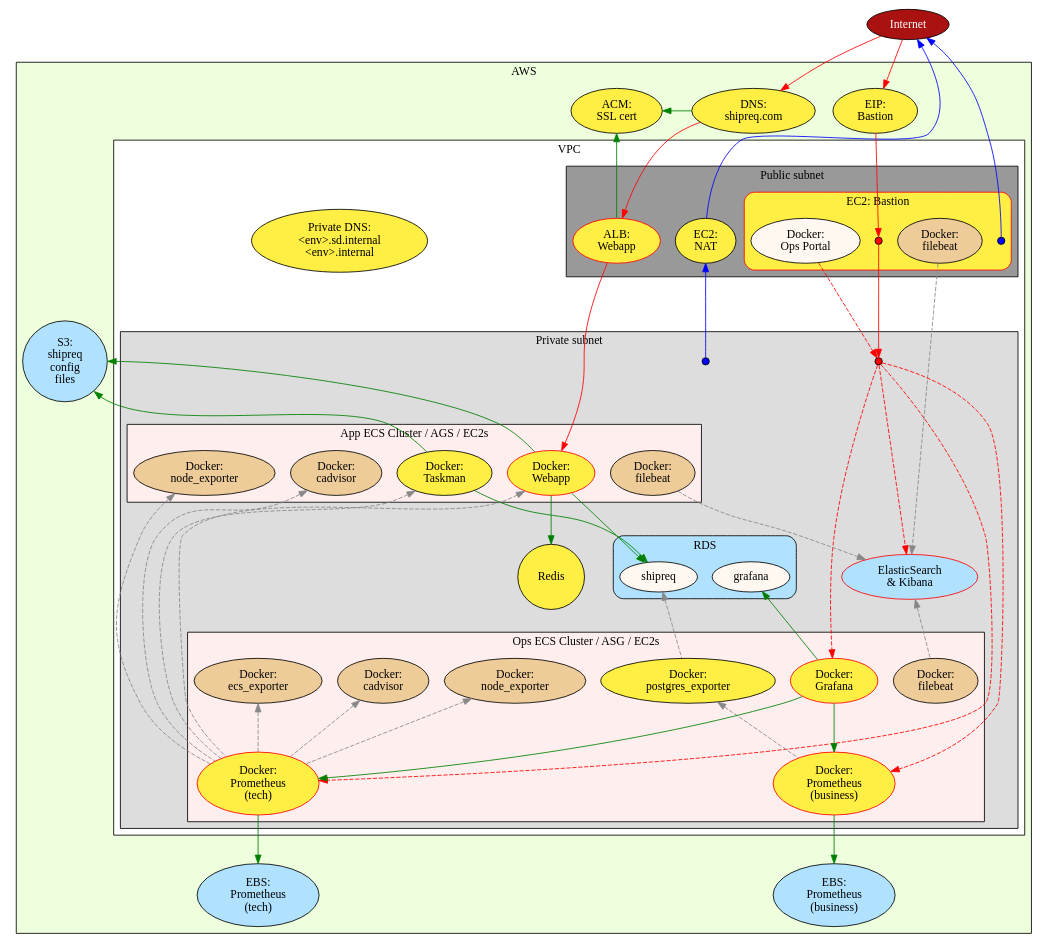
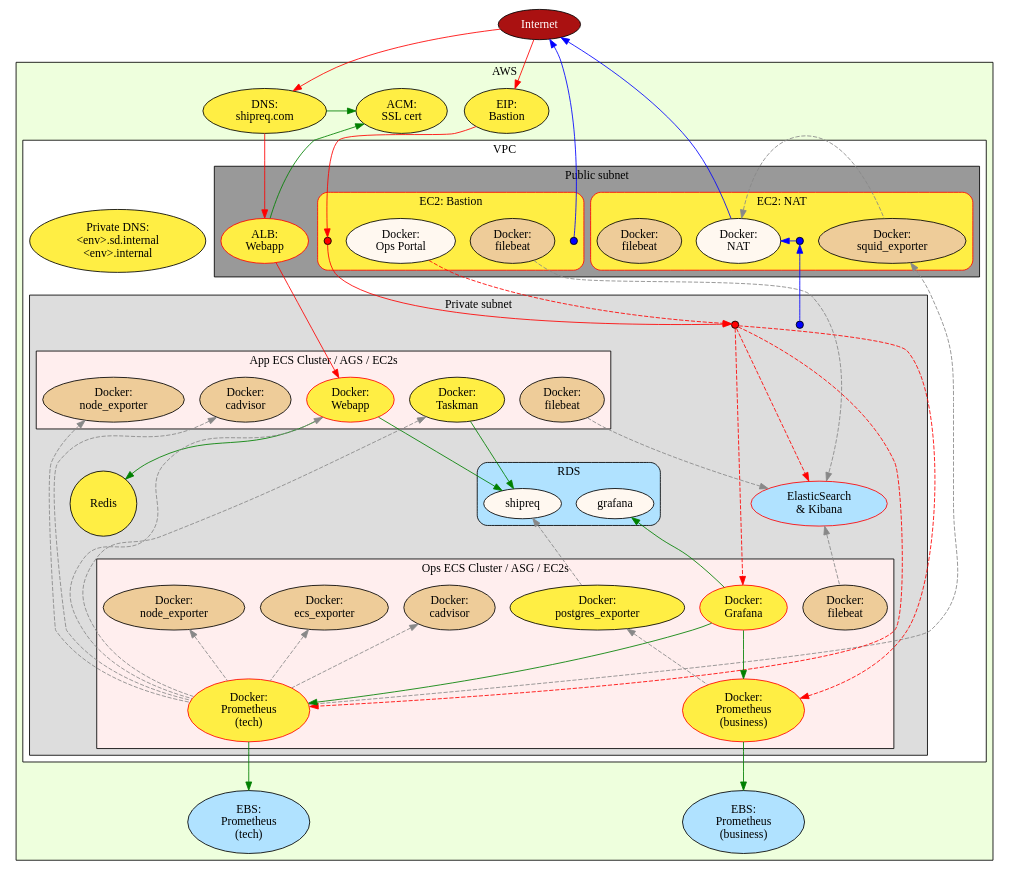
One commit to shipreq/shipreq changed the diagram in Infrastructure/architecture.gv. Above: the diagram before and after it, drawn with Graphviz. The commit also changed 1 other file, not shown here.

```diff
--- a/Infrastructure/architecture.gv
+++ b/Infrastructure/architecture.gv
@@ -1,112 +1,121 @@
 digraph {
   node [style=filled fillcolor="#ffee44"]
   graph [ranksep=0.8]
 
   internet [label=Internet fillcolor="#aa1111" fontcolor=white]
 
   subgraph cluster_AWS {
     label="AWS" style=filled fillcolor="#eeffdd"
     { rank=same
       dns_shipreq [label="DNS:\nshipreq.com"]
       acm_ssl [label="ACM:\nSSL cert"]
     }
     ebs_prometheus_tech [label="EBS:\nPrometheus\n(tech)" fillcolor=lightskyblue1]
     ebs_prometheus_busi [label="EBS:\nPrometheus\n(business)" fillcolor=lightskyblue1]
     eip_bastion [label="EIP:\nBastion"]
-    s3_shipreq [label="S3:\nshipreq\nconfig\nfiles"fillcolor=lightskyblue1]
 
     subgraph cluster_VPC {
       label="VPC" fillcolor=white
       internal_dns [label="Private DNS:\n<env>.sd.internal\n<env>.internal"]
 
       subgraph cluster_public {
         label="Public subnet" fillcolor="#999999"
         alb_webapp [label="ALB:\nWebapp" color=red]
-        nat [label="EC2:\nNAT"]
 
         subgraph cluster_bastion {
           label="EC2: Bastion" fillcolor="#ffee44" style="filled,rounded" color=red
           node [fillcolor="#fff8f0"]
           bastion [shape=point fillcolor=red width=.12]
           bastion_out [shape=point fillcolor=blue width=.12]
           docker_portal [label="Docker:\nOps Portal"]
           docker_filebeatB [label="Docker:\nfilebeat" fillcolor="#eecc99"]
+        }
+
+        subgraph cluster_nat {
+          label="EC2: NAT" fillcolor="#ffee44" style="filled,rounded" color=red
+          node [fillcolor="#fff8f0"]
+          { rank=same
+            nat_in [shape=point fillcolor=blue width=.12]
+            docker_nat [label="Docker:\nNAT"]
+            docker_filebeatN [label="Docker:\nfilebeat" fillcolor="#eecc99"]
+            docker_squid_exporter [label="Docker:\nsquid_exporter" fillcolor="#eecc99"]
+          }
         }
       }
 
       subgraph cluster_private {
         label="Private subnet" fillcolor="#dddddd"
         subnet_private_in [shape=point fillcolor=red width=.12]
         subnet_private_out [shape=point fillcolor=blue width=.12]
         redis [label="\nRedis\n\n"]
         es [label="ElasticSearch\n& Kibana" color=red fillcolor=lightskyblue1]
 
         subgraph cluster_app {
           label="App ECS Cluster / AGS / EC2s" fillcolor="#ffeeee"
           docker_filebeatA [label="Docker:\nfilebeat" fillcolor="#eecc99"]
           docker_nodeexpA [label="Docker:\nnode_exporter" fillcolor="#eecc99"]
           docker_cadvisorA [label="Docker:\ncadvisor" fillcolor="#eecc99"]
           docker_webapp [label="Docker:\nWebapp" color=red]
           docker_taskman [label="Docker:\nTaskman"]
         }
 
         subgraph cluster_rds {
           label="RDS" fillcolor=lightskyblue1 style="filled,rounded"
           node [fillcolor="#fff8f0"]
           rds_shipreq [label="shipreq"]
           rds_grafana [label="grafana"]
         }
 
         subgraph cluster_ops {
           label="Ops ECS Cluster / ASG / EC2s" fillcolor="#ffeeee"
           docker_filebeatO [label="Docker:\nfilebeat" fillcolor="#eecc99"]
           docker_nodeexpO [label="Docker:\nnode_exporter" fillcolor="#eecc99"]
           docker_cadvisorO [label="Docker:\ncadvisor" fillcolor="#eecc99"]
           docker_ecs_exporter [label="Docker:\necs_exporter" fillcolor="#eecc99"]
           docker_db_metrics  [label="Docker:\npostgres_exporter"]
           docker_prometheus_tech [label="Docker:\nPrometheus\n(tech)" color=red]
           docker_prometheus_busi [label="Docker:\nPrometheus\n(business)" color=red]
           docker_grafana [label="Docker:\nGrafana" color=red]
         }
       }
     }
   }
 
   // subnet_private_in -> alb_webapp [style=invis]
   // subnet_private_in -> docker_webapp,docker_taskman [style=invis]
   subnet_private_in -> docker_filebeatA [style=invis]
   // docker_webapp,docker_taskman -> docker_filebeatA,docker_nodeexpA,docker_cadvisorA [style=invis]
   // docker_prometheus_busi,docker_prometheus_tech -> docker_filebeatO,docker_nodeexpO,docker_cadvisorO [style=invis]
   // rds_shipreq -> rds_grafana [style=invis]
 
   edge [color=red]
   internet -> dns_shipreq -> alb_webapp
   internet -> eip_bastion -> bastion
   alb_webapp -> docker_webapp
   bastion -> subnet_private_in
   docker_portal -> subnet_private_in -> es,docker_grafana,docker_prometheus_tech,docker_prometheus_busi [style=dashed]
   // subnet_private_in -> docker_cadvisorO [style=dashed]
   // subnet_private_in -> docker_cadvisorA [style=dashed constraint=false]
 
   edge [color=blue]
-  internet -> nat,bastion_out [dir=back]
-  nat -> subnet_private_out [dir=back]
+  internet -> docker_nat,bastion_out [dir=back]
+  nat_in -> subnet_private_out [dir=back]
+  docker_nat -> nat_in [dir=back]
 
   edge [color=green]
   dns_shipreq -> acm_ssl [minlen=2]
   acm_ssl -> alb_webapp [dir=back]
   rds_grafana -> docker_grafana [dir=back]
   docker_webapp -> redis,rds_shipreq
   docker_taskman -> rds_shipreq
-  s3_shipreq:se -> docker_taskman [dir=back]
-  s3_shipreq:e -> docker_webapp [dir=back]
   docker_prometheus_tech -> ebs_prometheus_tech
   docker_prometheus_busi -> ebs_prometheus_busi
   docker_grafana -> docker_prometheus_tech,docker_prometheus_busi
 
   edge [color="#888888" style=dashed]
+  docker_nat -> docker_squid_exporter [dir=back]
   docker_filebeatA,docker_filebeatB -> es
   es -> docker_filebeatO [dir=back]
-  docker_webapp,docker_taskman,docker_nodeexpA,docker_nodeexpO,docker_cadvisorA,docker_cadvisorO,docker_ecs_exporter -> docker_prometheus_tech [dir=back]
+  docker_squid_exporter,docker_webapp,docker_taskman,docker_nodeexpA,docker_nodeexpO,docker_cadvisorA,docker_cadvisorO,docker_ecs_exporter -> docker_prometheus_tech [dir=back]
   rds_shipreq -> docker_db_metrics -> docker_prometheus_busi [dir=back]
 }
```
